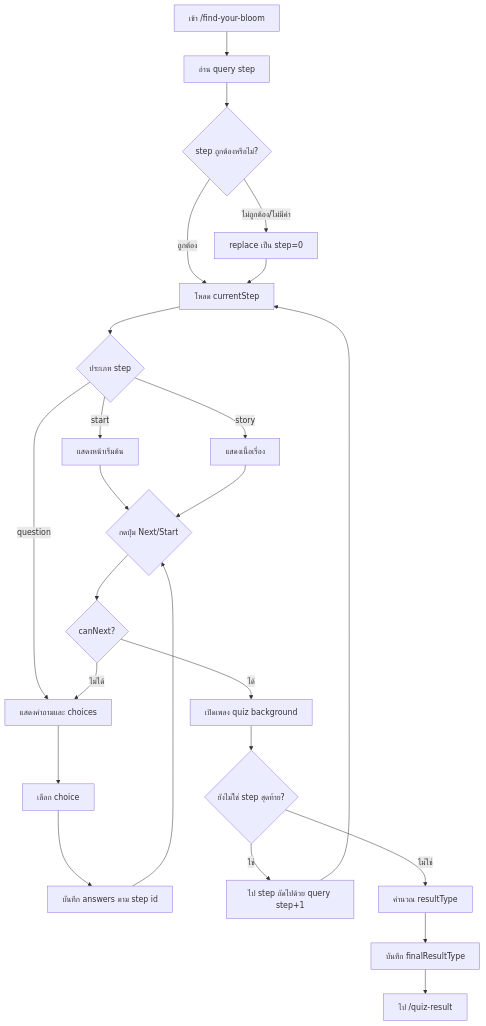
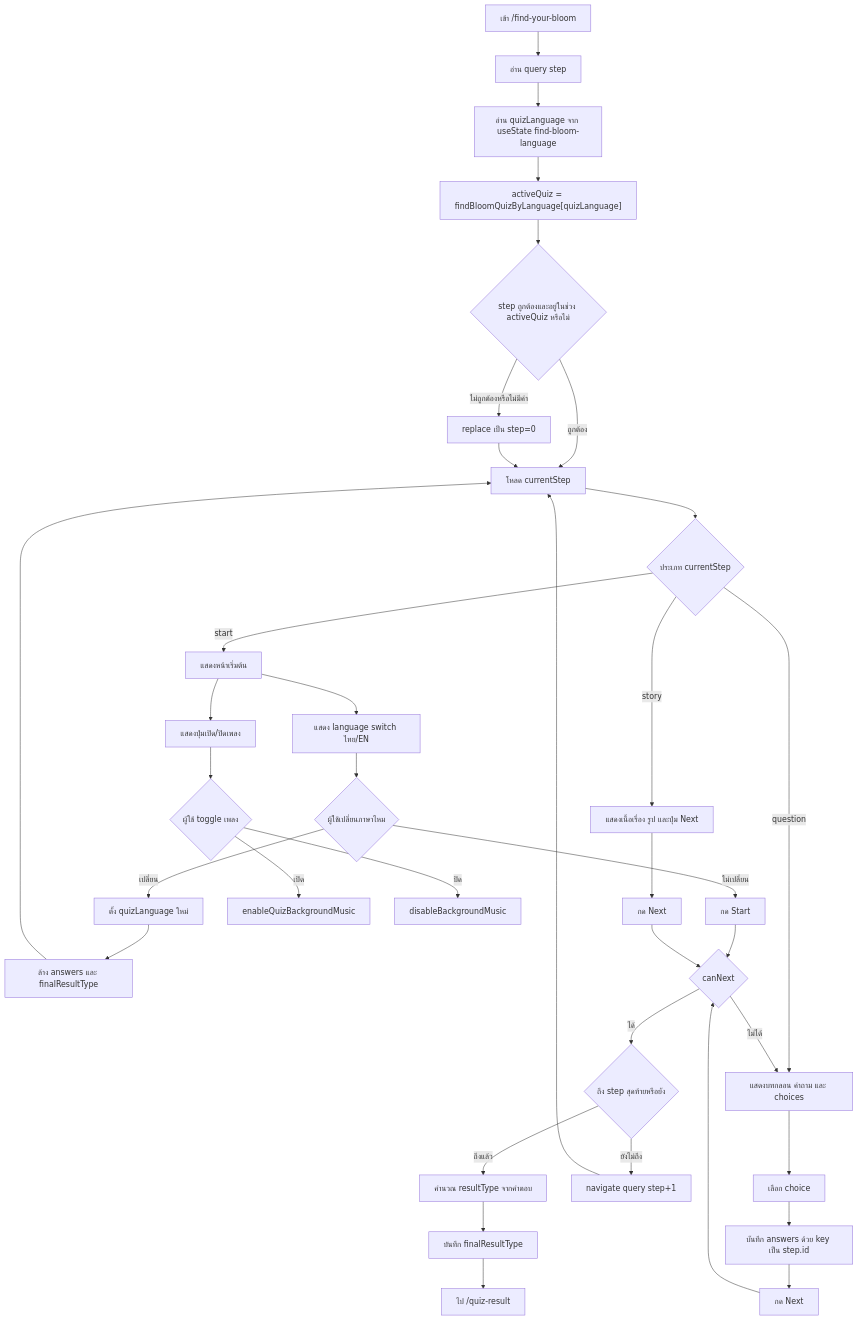
One commit to pawataven/the-sis-web changed the ninth of 15 diagrams in docs/flowcharts.md. Above: the diagram before and after it, drawn with Mermaid. The commit also changed other lines of this file and 10 other files, not shown here.

````diff
--- a/docs/flowcharts.md
+++ b/docs/flowcharts.md
@@ -133,29 +209,42 @@
 ```mermaid
 flowchart TD
-  A[เข้า /find-your-bloom] --> B[อ่าน query step]
-  B --> C{step ถูกต้องหรือไม่?}
-  C -- ไม่ถูกต้อง/ไม่มีค่า --> D[replace เป็น step=0]
-  C -- ถูกต้อง --> E[โหลด currentStep]
-  D --> E
+  A["เข้า /find-your-bloom"] --> B["อ่าน query step"]
+  B --> C["อ่าน quizLanguage จาก useState find-bloom-language"]
+  C --> D["activeQuiz = findBloomQuizByLanguage[quizLanguage]"]
+  D --> E{"step ถูกต้องและอยู่ในช่วง activeQuiz หรือไม่"}
+  E -- "ไม่ถูกต้องหรือไม่มีค่า" --> F["replace เป็น step=0"]
+  E -- "ถูกต้อง" --> G["โหลด currentStep"]
+  F --> G
 
-  E --> F{ประเภท step}
-  F -- start --> S[แสดงหน้าเริ่มต้น]
-  F -- story --> T[แสดงเนื้อเรื่อง]
-  F -- question --> Q[แสดงคำถามและ choices]
+  G --> H{"ประเภท currentStep"}
+  H -- "start" --> I["แสดงหน้าเริ่มต้น"]
+  H -- "story" --> J["แสดงเนื้อเรื่อง รูป และปุ่ม Next"]
+  H -- "question" --> K["แสดงบทกลอน คำถาม และ choices"]
 
-  S --> N{กดปุ่ม Next/Start}
-  T --> N
-  Q --> R[เลือก choice]
-  R --> V[บันทึก answers ตาม step id]
-  V --> N
+  I --> L["แสดง language switch ไทย/EN"]
+  I --> M["แสดงปุ่มเปิด/ปิดเพลง"]
+  L --> N{"ผู้ใช้เปลี่ยนภาษาไหม"}
+  N -- "เปลี่ยน" --> O["ตั้ง quizLanguage ใหม่"]
+  O --> P["ล้าง answers และ finalResultType"]
+  P --> G
+  N -- "ไม่เปลี่ยน" --> Q["กด Start"]
+  M --> R{"ผู้ใช้ toggle เพลง"}
+  R -- "เปิด" --> S["enableQuizBackgroundMusic"]
+  R -- "ปิด" --> T["disableBackgroundMusic"]
 
-  N --> W{canNext?}
-  W -- ไม่ได้ --> Q
-  W -- ได้ --> X[เปิดเพลง quiz background]
-  X --> Y{ยังไม่ใช่ step สุดท้าย?}
-  Y -- ใช่ --> Z[ไป step ถัดไปด้วย query step+1]
-  Z --> E
-  Y -- ไม่ใช่ --> AA[คำนวณ resultType]
-  AA --> AB[บันทึก finalResultType]
-  AB --> AC[ไป /quiz-result]
+  J --> U["กด Next"]
+  K --> V["เลือก choice"]
+  V --> W["บันทึก answers ด้วย key เป็น step.id"]
+  W --> X["กด Next"]
+
+  Q --> Y{"canNext"}
+  U --> Y
+  X --> Y
+  Y -- "ไม่ได้" --> K
+  Y -- "ได้" --> Z{"ถึง step สุดท้ายหรือยัง"}
+  Z -- "ยังไม่ถึง" --> AA["navigate query step+1"]
+  AA --> G
+  Z -- "ถึงแล้ว" --> AB["คำนวณ resultType จากคำตอบ"]
+  AB --> AC["บันทึก finalResultType"]
+  AC --> AD["ไป /quiz-result"]
 ```
````
